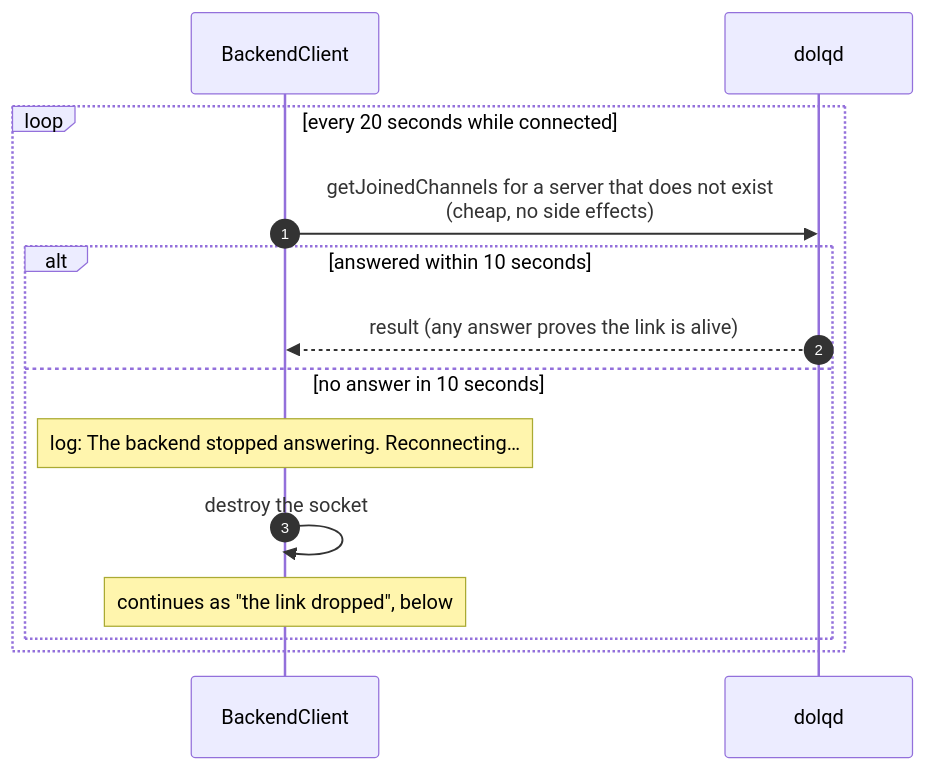
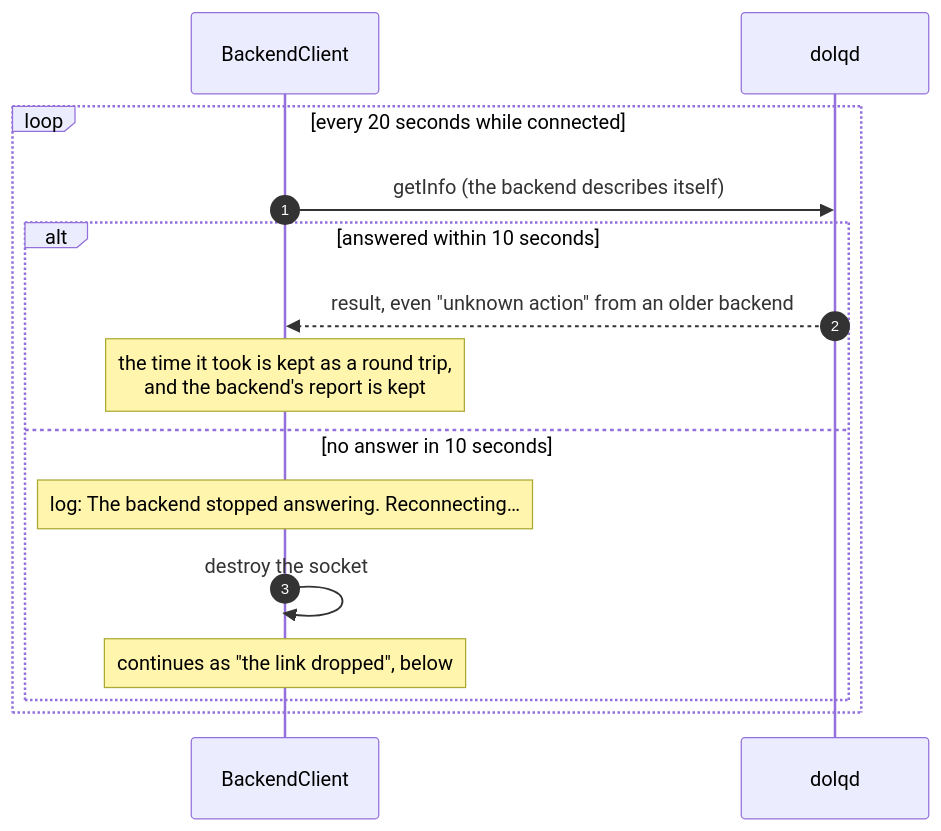
Before and after one commit to Daemeron/dolq: the fourth of 7 diagrams in docs/network/remote-backend.md, drawn with Mermaid. The commit also changed other lines of this file and 3 other files, not shown here.

First line of the commit message:
docs: describe getInfo, the heartbeat's new job, and the dashboard card

````diff
--- a/docs/network/remote-backend.md
+++ b/docs/network/remote-backend.md
@@ -142,17 +143,18 @@
 ```mermaid
 sequenceDiagram
     autonumber
     participant B as BackendClient
     participant D as dolqd
 
     loop every 20 seconds while connected
-        B->>D: getJoinedChannels for a server that does not exist<br/>(cheap, no side effects)
+        B->>D: getInfo (the backend describes itself)
         alt answered within 10 seconds
-            D-->>B: result (any answer proves the link is alive)
+            D-->>B: result, even "unknown action" from an older backend
+            Note over B: the time it took is kept as a round trip,<br/>and the backend's report is kept
         else no answer in 10 seconds
             Note over B: log: The backend stopped answering. Reconnecting…
             B->>B: destroy the socket
             Note over B: continues as "the link dropped", below
         end
     end
 ```
````
